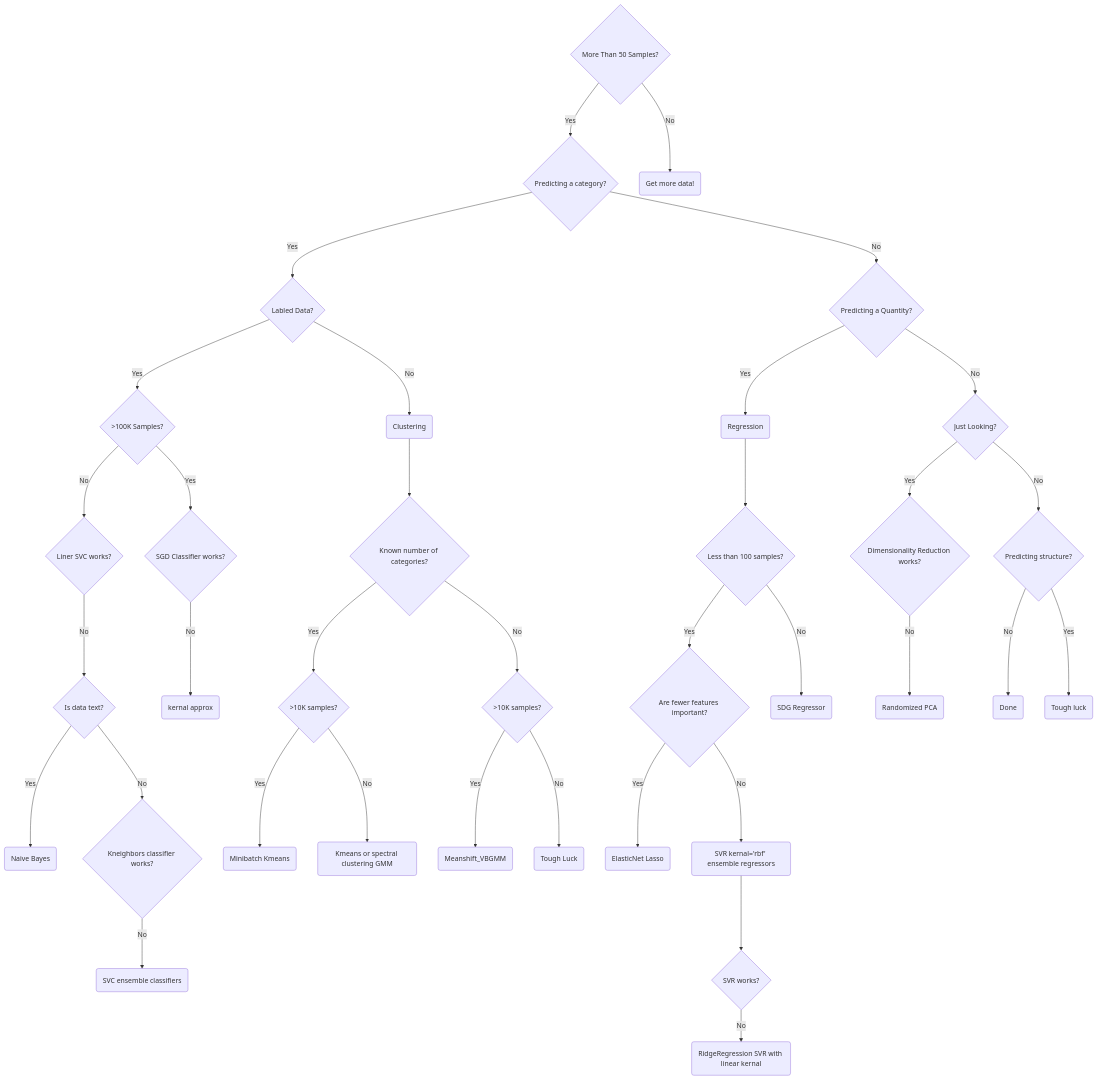
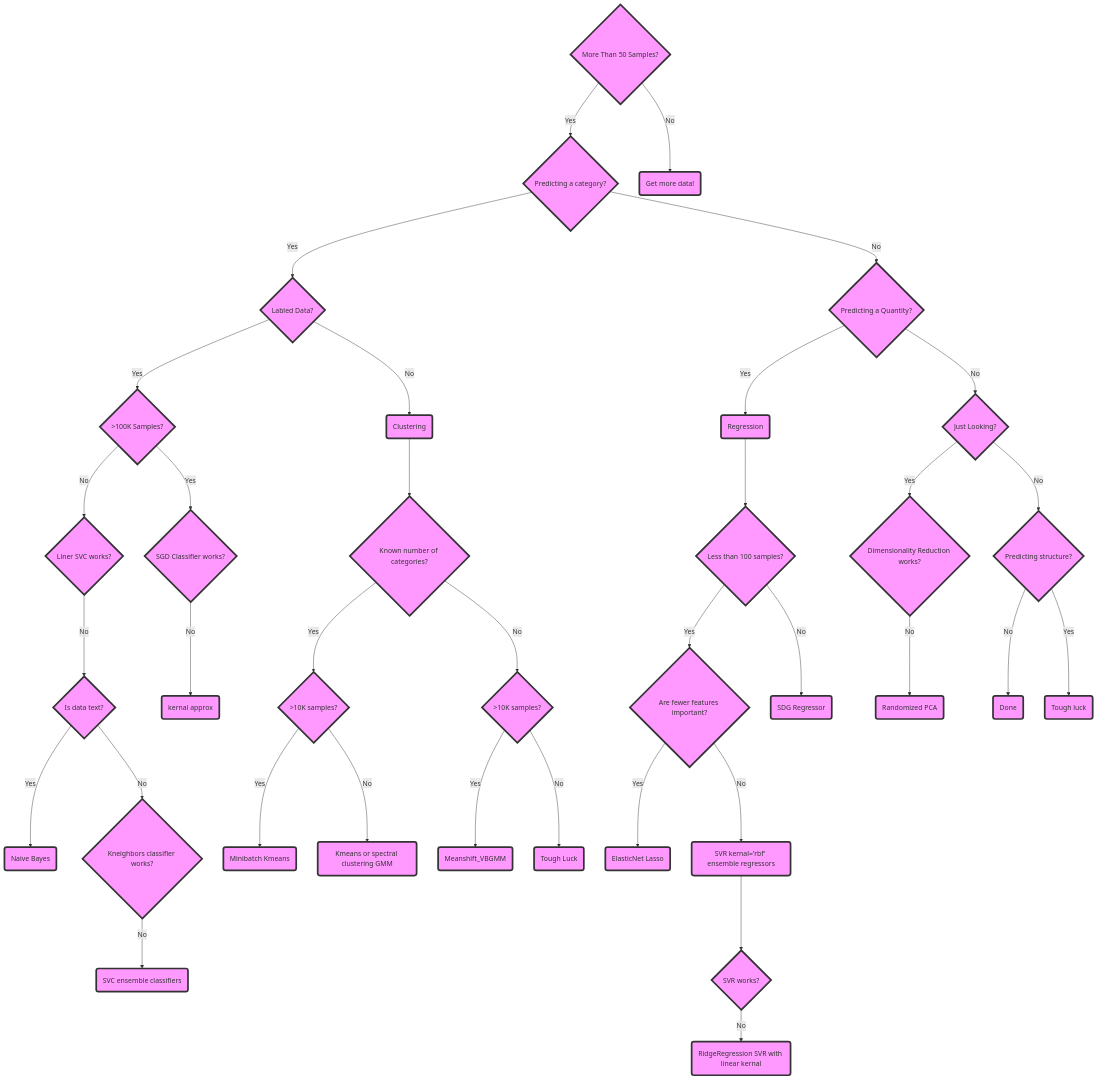
Before and after one commit to hwetsman/Public_Notes: the diagram in ML_Cheatsheet.md, drawn with Mermaid.

Commit message:
test of default class

````diff
--- a/ML_Cheatsheet.md
+++ b/ML_Cheatsheet.md
@@ -1,74 +1,75 @@
 ```mermaid
 flowchart TD
+classDef default fill:#f9f,stroke:#333,stroke-width:4px;
 id1{More Than 50 Samples?}
   id2{Predicting a category?}
     id1-->|Yes|id2
     id4{Labled Data?}
       id2-->|Yes|id4
       id6{>100K Samples?}
         id4-->|Yes|id6
         id14(Clustering)
         id15{Known number of categories?}
           id16{>10K samples?}
           id17{>10K samples?}
           id15-->|Yes|id16
             id20(Meanshift_VBGMM)
             id98(Tough Luck)
             id17-->|Yes|id20
             id17-->|No|id98
           id15-->|No|id17
             id18(Minibatch Kmeans)
             id19(Kmeans or spectral clustering GMM)
             id16-->|Yes|id18
             id16-->|No|id19
         id14-->id15
         id4-->|No|id14
         id7{Liner SVC works?}
         id6-->|No|id7
         id8{SGD Classifier works?}
           id13(kernal approx)
           id8-->|No|id13
         id6-->|Yes|id8
           id9{Is data text?}
           id7-->|No|id9
             id10(Naive Bayes)
             id9-->|Yes|id10
             id11{Kneighbors classifier works?}
             id9-->|No|id11
               id12(SVC ensemble classifiers)
               id11-->|No|id12
               id99(Done)
 
     id5{Predicting a Quantity?}
       id2-->|No|id5
       id30(Regression)
         id32{Less than 100 samples?}
           id33{Are fewer features important?}
             id32-->|Yes|id33
             id34(ElasticNet Lasso)
               id33-->|Yes|id34
             id35(SVR kernal='rbf' ensemble regressors)
               id33-->|No|id35
             id36{SVR works?}
               id35-->id36
             id37(RidgeRegression SVR with linear kernal)
               id36-->|No|id37
         id38(SDG Regressor)
           id32-->|No|id38
       id31{Just Looking?}
         id5-->|Yes|id30
         id30-->id32
         id5-->|No|id31
         id40{Dimensionality Reduction works?}
           id31-->|Yes|id40
         id41(Randomized PCA)
           id40-->|No|id41
         id42{Predicting structure?}
         id31-->|No|id42
           id42-->|No|id99
           id97(Tough luck)
           id42-->|Yes|id97
 
   id3(Get more data!)
     id1-->|No|id3
 ```
````
